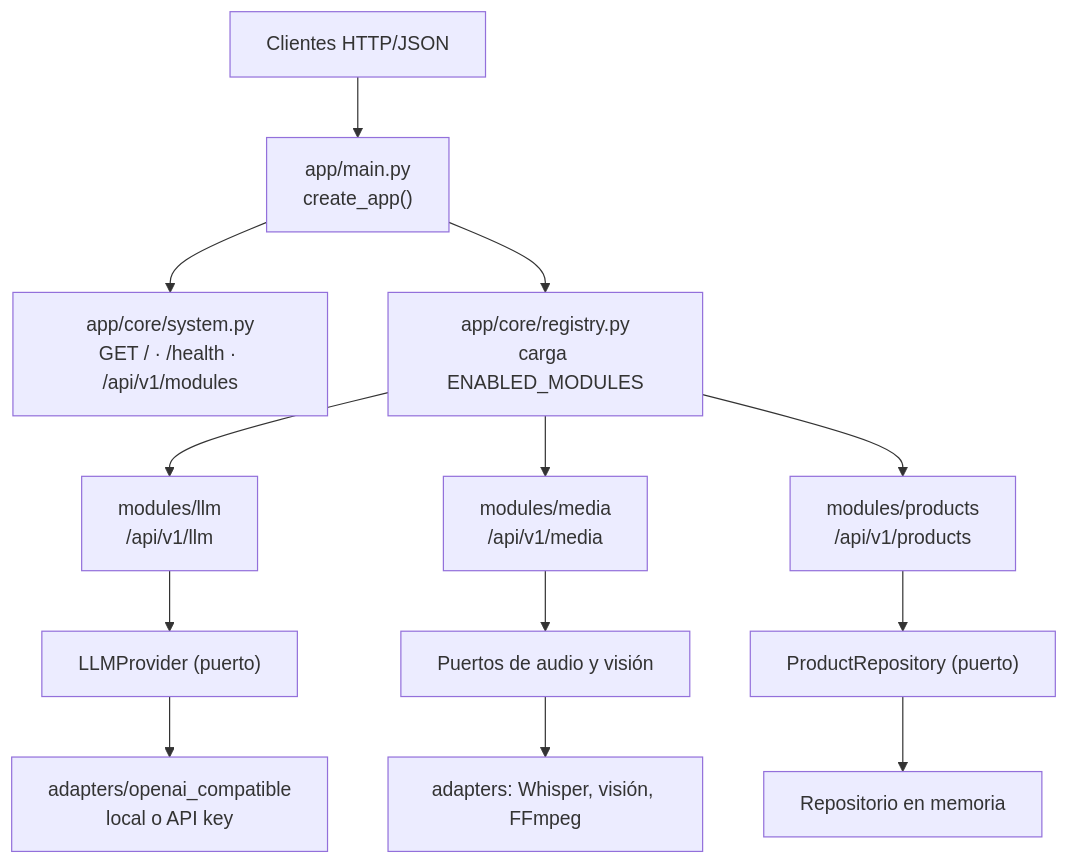
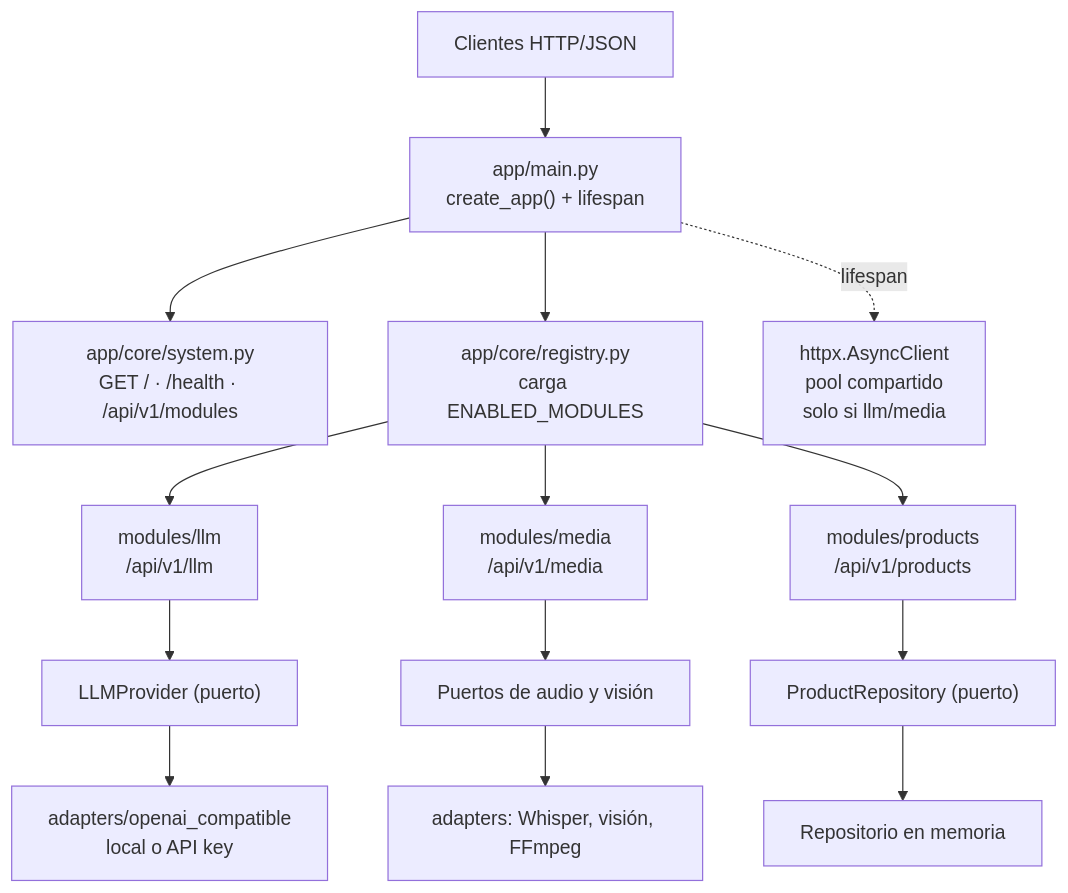
Before and after one commit to LenninTemoche/FastAPI-AI-integration-basic: the diagram in README.md, drawn with Mermaid. The commit also changed other lines of this file and 2 other files, not shown here.

Commit message:
docs: actualizar PHASE1_VERIFICATION_REPORT, architecture.md, README.md con mejoras Fase 1

````diff
--- a/README.md
+++ b/README.md
@@ -37,15 +37,16 @@
 ```mermaid
 flowchart TD
-    CLIENT["Clientes HTTP/JSON"] --> MAIN["app/main.py<br/>create_app()"]
+    CLIENT["Clientes HTTP/JSON"] --> MAIN["app/main.py<br/>create_app() + lifespan"]
     MAIN --> SYS["app/core/system.py<br/>GET / · /health · /api/v1/modules"]
     MAIN --> REG["app/core/registry.py<br/>carga ENABLED_MODULES"]
     REG --> LLM["modules/llm<br/>/api/v1/llm"]
     REG --> MEDIA["modules/media<br/>/api/v1/media"]
     REG --> PROD["modules/products<br/>/api/v1/products"]
     LLM --> LLMP["LLMProvider (puerto)"]
     LLMP --> LLMA["adapters/openai_compatible<br/>local o API key"]
     MEDIA --> MP["Puertos de audio y visión"]
     MP --> MA["adapters: Whisper, visión, FFmpeg"]
     PROD --> PR["ProductRepository (puerto)"]
     PR --> PM["Repositorio en memoria"]
+    MAIN -.->|lifespan| HTTP["httpx.AsyncClient<br/>pool compartido<br/>solo si llm/media"]
 ```
````
